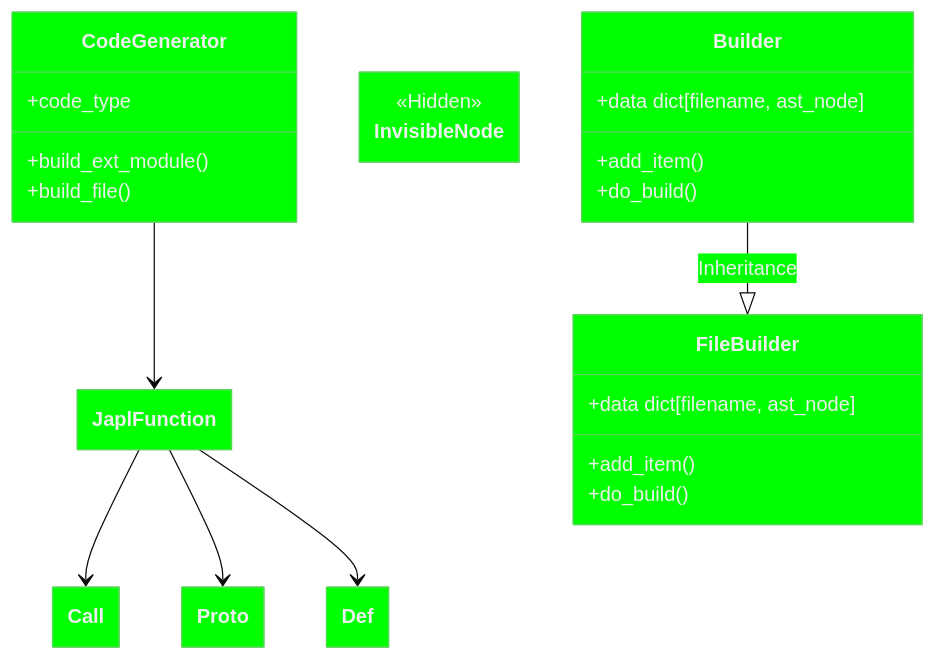
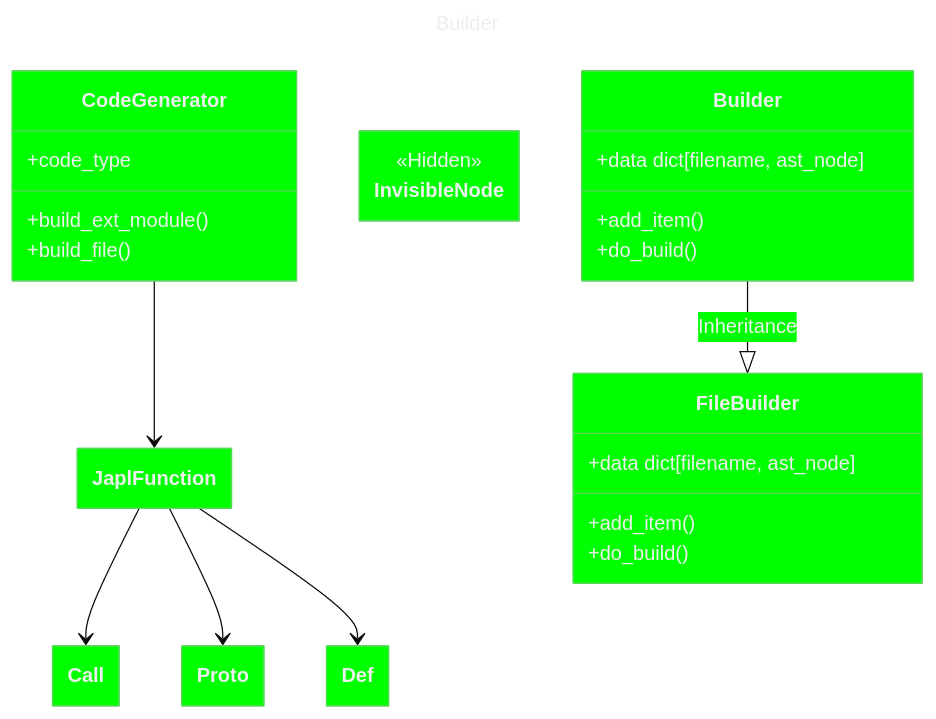
One commit to nobono/japl changed the first of 2 diagrams in docs/code_generation.md. Above: the diagram before and after it, drawn with Mermaid. The commit also changed other lines of this file, not shown here.

````diff
--- a/docs/code_generation.md
+++ b/docs/code_generation.md
@@ -4,40 +8,41 @@
 ```mermaid
 ---
 title:
+    Builder
 config:
     theme: base
     themeVariables:
         darkMode: true
         primaryColor: "#00ff00"
         padding: 50
     class:
         hideEmptyMembersBox: true
 ---
 
 classDiagram
     CodeGenerator --> JaplFunction
     JaplFunction --> Call
     JaplFunction --> Proto
     JaplFunction --> Def
 
     class InvisibleNode {
         <<Hidden>>
     }
 
     Builder --|> FileBuilder : Inheritance
 
     class CodeGenerator
     CodeGenerator : +code_type
     CodeGenerator : +build_ext_module()
     CodeGenerator : +build_file()
 
     class Builder
     Builder : +data dict[filename, ast_node]
     Builder : +add_item()
     Builder : +do_build()
 
     class FileBuilder
     FileBuilder : +data dict[filename, ast_node]
     FileBuilder : +add_item()
     FileBuilder : +do_build()
 ```
````
